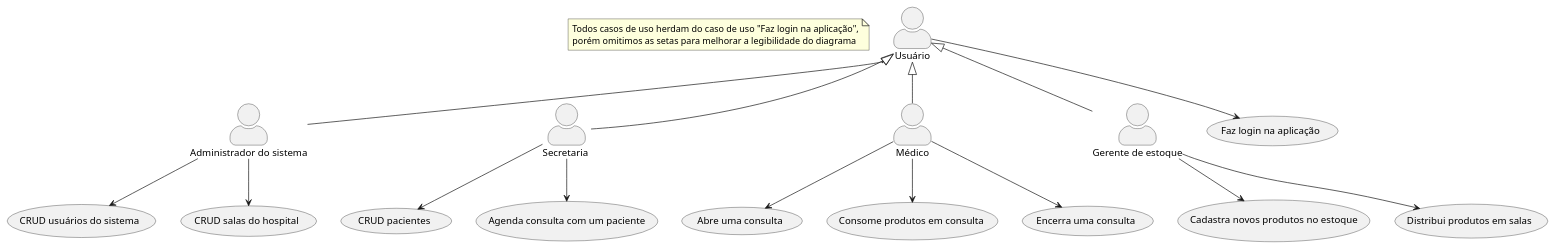
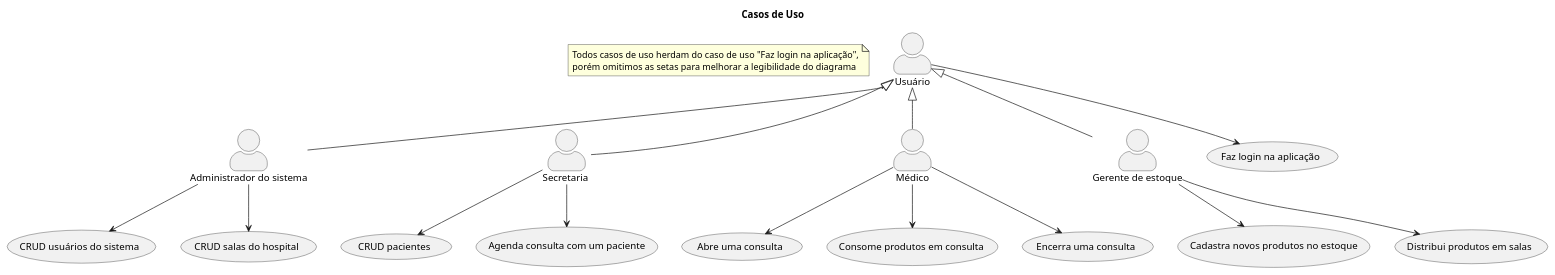
Before and after one commit to vaniacourses/projeto-software-robson-caetano: the diagram in docs/casos-de-uso.puml, drawn with PlantUML. The commit also changed 3 other files, not shown here.

Commit message:
docs: update diagramas

```diff
--- a/docs/casos-de-uso.puml
+++ b/docs/casos-de-uso.puml
@@ -1,54 +1,56 @@
 @startuml
+
+title "Casos de Uso"
 
 skinparam actorStyle awesome
 
 note as N1
   Todos casos de uso herdam do caso de uso "Faz login na aplicação",
   porém omitimos as setas para melhorar a legibilidade do diagrama
 end note
 
 "Administrador do sistema" as admin
 "Secretaria " as secretaria
 "Médico" as medico
 "Gerente de estoque" as gerente
 "Usuário" as usuario
 
 "CRUD usuários do sistema" as (crud usuario)
 
 "CRUD salas do hospital" as (crud salas)
 
 "Cadastra novos produtos no estoque" as (cadastra produtos)
 "Distribui produtos em salas" as (distribui produtos)
 
 "CRUD pacientes" as (crud pacientes)
 
 "Agenda consulta com um paciente" as (agenda consulta)
 
 "Abre uma consulta" as (abre consulta)
 "Consome produtos em consulta" as (consome produtos)
 "Encerra uma consulta" as (encerra consulta)
 
 "Faz login na aplicação" as (login)
 
 usuario <|-- admin
 usuario <|-- secretaria
 usuario <|-- medico
 usuario <|-- gerente
 
 usuario -down-> (login)
 
 admin -down-> (crud usuario)
 
 admin -down-> (crud salas)
 
 gerente -down-> (cadastra produtos)
 gerente -down-> (distribui produtos)
 
 secretaria -down-> (agenda consulta)
 secretaria -down-> (crud pacientes)
 
 medico -down-> (abre consulta) 
 medico -down-> (consome produtos)
 medico -down-> (encerra consulta) 
 
 @enduml
```
